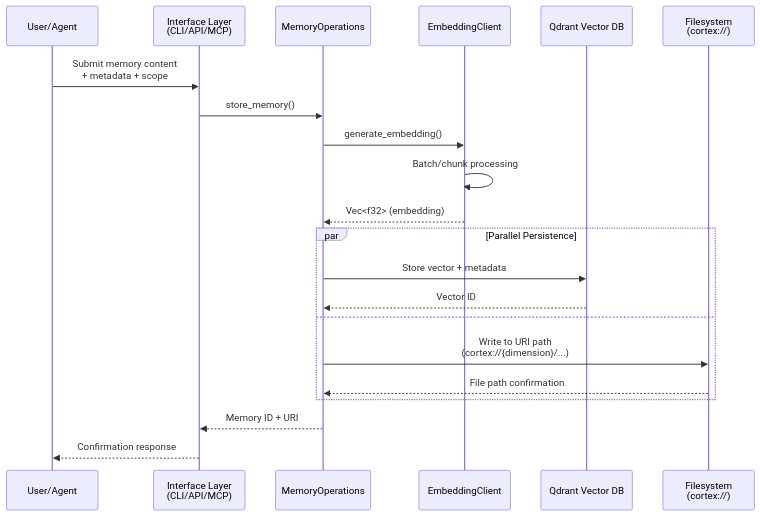
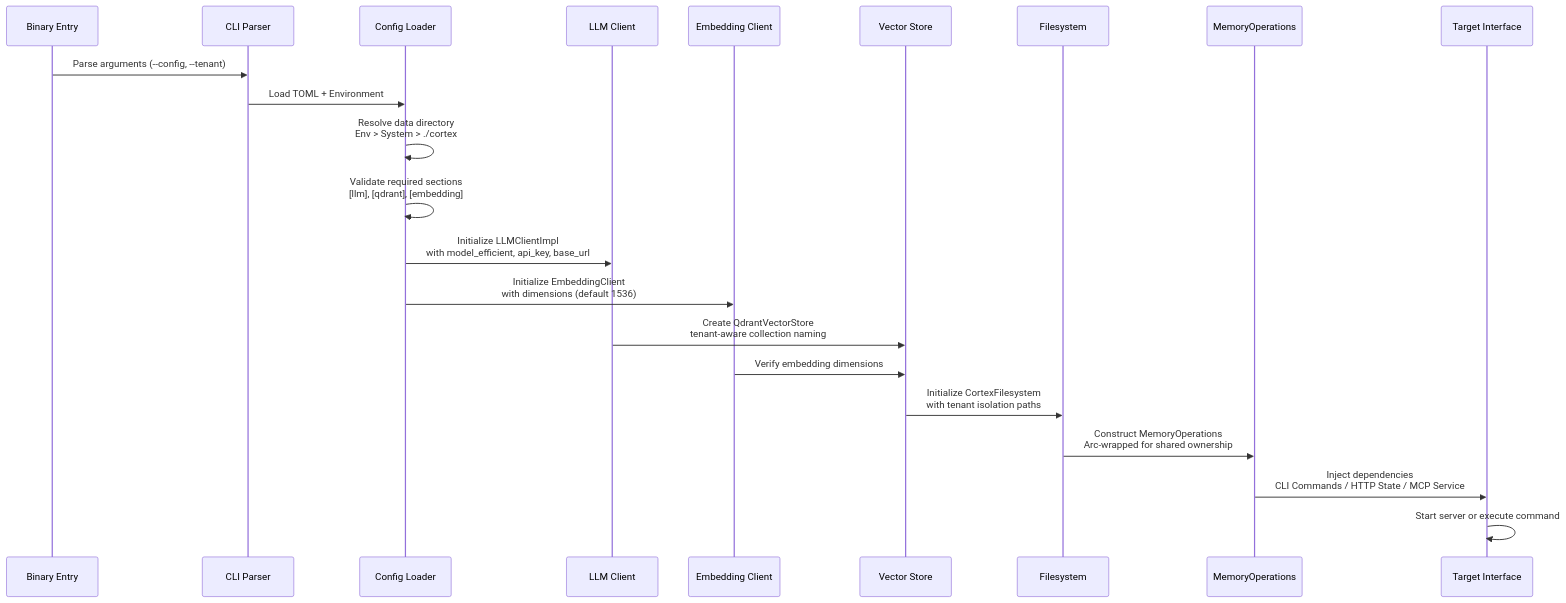
The second of 9 diagrams in litho.docs/en/3.Workflow.md (sopaco/cortex-mem), drawn with Mermaid before and after one commit. The commit also changed other lines of this file and 45 other files, not shown here.

````diff
--- a/litho.docs/en/3.Workflow.md
+++ b/litho.docs/en/3.Workflow.md
@@ -63,24 +72,30 @@
 ```mermaid
 sequenceDiagram
-    participant User as User/Agent
-    participant Interface as Interface Layer<br/>(CLI/API/MCP)
-    participant MemoryOps as MemoryOperations
-    participant Embed as EmbeddingClient
-    participant VectorDB as Qdrant Vector DB
-    participant FS as Filesystem<br/>(cortex://)
+    participant Entry as Binary Entry
+    participant CLI as CLI Parser
+    participant Config as Config Loader
+    participant LLM as LLM Client
+    participant Emb as Embedding Client
+    participant Qdrant as Vector Store
+    participant FS as Filesystem
+    participant MemOps as MemoryOperations
+    participant Interface as Target Interface
     
-    User->>Interface: Submit memory content<br/>+ metadata + scope
-    Interface->>MemoryOps: store_memory()
-    MemoryOps->>Embed: generate_embedding()
-    Embed->>Embed: Batch/chunk processing
-    Embed-->>MemoryOps: Vec<f32> (embedding)
-    par Parallel Persistence
-        MemoryOps->>VectorDB: Store vector + metadata
-        VectorDB-->>MemoryOps: Vector ID
-    and
-        MemoryOps->>FS: Write to URI path<br/>(cortex://{dimension}/...)
-        FS-->>MemoryOps: File path confirmation
-    end
-    MemoryOps-->>Interface: Memory ID + URI
-    Interface-->>User: Confirmation response
+    Entry->>CLI: Parse arguments (--config, --tenant)
+    CLI->>Config: Load TOML + Environment
+    Config->>Config: Resolve data directory<br/>Env > System > ./cortex
+    Config->>Config: Validate required sections<br/>[llm], [qdrant], [embedding]
+    
+    Config->>LLM: Initialize LLMClientImpl<br/>with model_efficient, api_key, base_url
+    Config->>Emb: Initialize EmbeddingClient<br/>with dimensions (default 1536)
+    
+    LLM->>Qdrant: Create QdrantVectorStore<br/>tenant-aware collection naming
+    Emb->>Qdrant: Verify embedding dimensions
+    
+    Qdrant->>FS: Initialize CortexFilesystem<br/>with tenant isolation paths
+    
+    FS->>MemOps: Construct MemoryOperations<br/>Arc-wrapped for shared ownership
+    
+    MemOps->>Interface: Inject dependencies<br/>CLI Commands / HTTP State / MCP Service
+    Interface->>Interface: Start server or execute command
 ```
````
